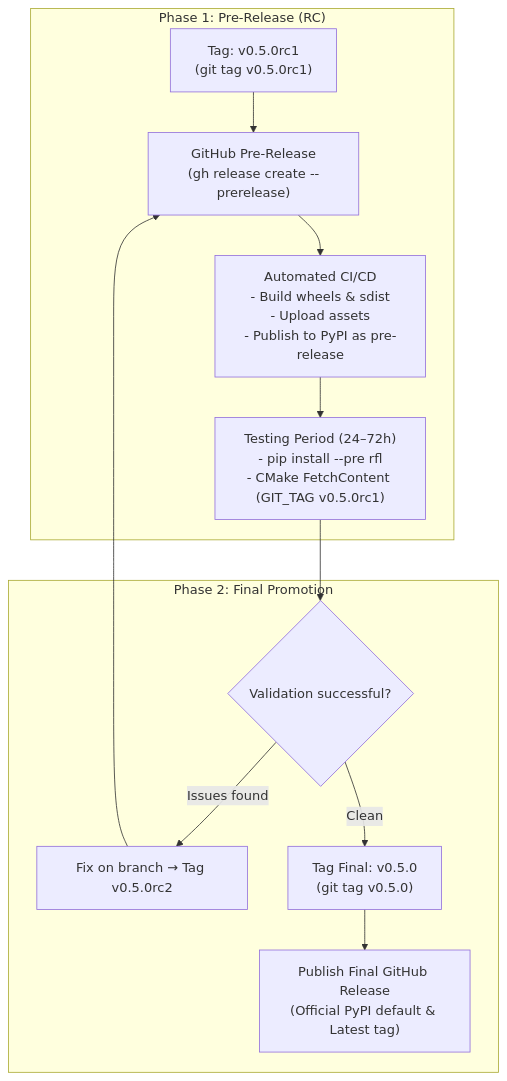
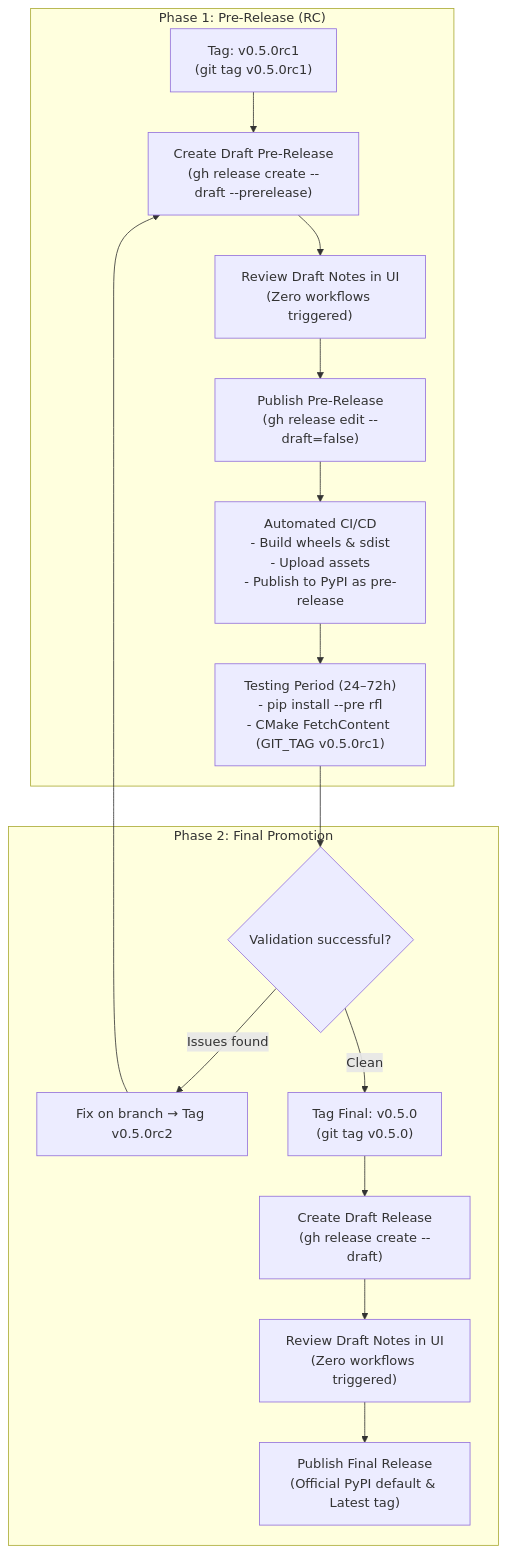
The diagram in docs/Release_Process.md (pauldruce/RFL), drawn with Mermaid before and after one commit. The commit also changed other lines of this file, not shown here.

Commit message:
docs: formalize draft-first review gate in Release_Process.md for both RCs and final releases

````diff
--- a/docs/Release_Process.md
+++ b/docs/Release_Process.md
@@ -26,16 +30,20 @@
 ```mermaid
 flowchart TD
     subgraph "Phase 1: Pre-Release (RC)"
-        A["Tag: v0.5.0rc1\n(git tag v0.5.0rc1)"] --> B["GitHub Pre-Release\n(gh release create --prerelease)"]
-        B --> C["Automated CI/CD\n- Build wheels & sdist\n- Upload assets\n- Publish to PyPI as pre-release"]
-        C --> D["Testing Period (24–72h)\n- pip install --pre rfl\n- CMake FetchContent (GIT_TAG v0.5.0rc1)"]
+        A["Tag: v0.5.0rc1\n(git tag v0.5.0rc1)"] --> B["Create Draft Pre-Release\n(gh release create --draft --prerelease)"]
+        B --> C["Review Draft Notes in UI\n(Zero workflows triggered)"]
+        C --> D["Publish Pre-Release\n(gh release edit --draft=false)"]
+        D --> E["Automated CI/CD\n- Build wheels & sdist\n- Upload assets\n- Publish to PyPI as pre-release"]
+        E --> F["Testing Period (24–72h)\n- pip install --pre rfl\n- CMake FetchContent (GIT_TAG v0.5.0rc1)"]
     end
 
     subgraph "Phase 2: Final Promotion"
-        D --> E{"Validation successful?"}
-        E -- Issues found --> F["Fix on branch → Tag v0.5.0rc2"]
-        F --> B
-        E -- Clean --> G["Tag Final: v0.5.0\n(git tag v0.5.0)"]
-        G --> H["Publish Final GitHub Release\n(Official PyPI default & Latest tag)"]
+        F --> G{"Validation successful?"}
+        G -- Issues found --> H["Fix on branch → Tag v0.5.0rc2"]
+        H --> B
+        G -- Clean --> I["Tag Final: v0.5.0\n(git tag v0.5.0)"]
+        I --> J["Create Draft Release\n(gh release create --draft)"]
+        J --> K["Review Draft Notes in UI\n(Zero workflows triggered)"]
+        K --> L["Publish Final Release\n(Official PyPI default & Latest tag)"]
     end
 ```
````
